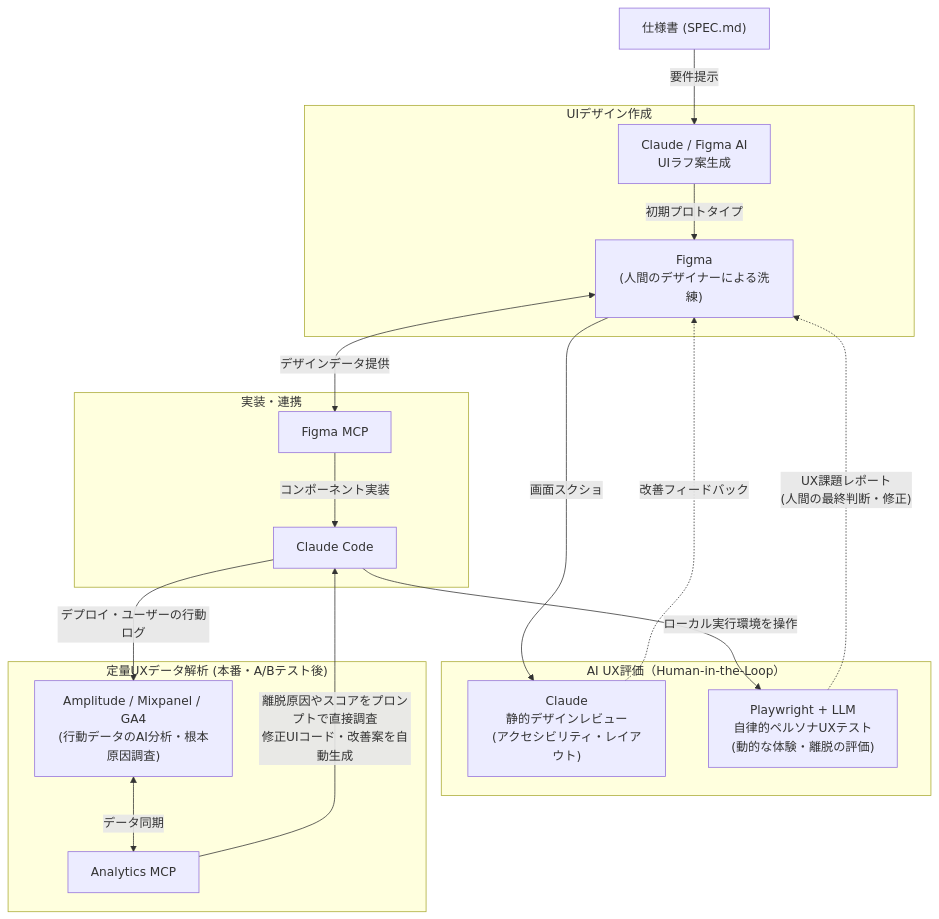
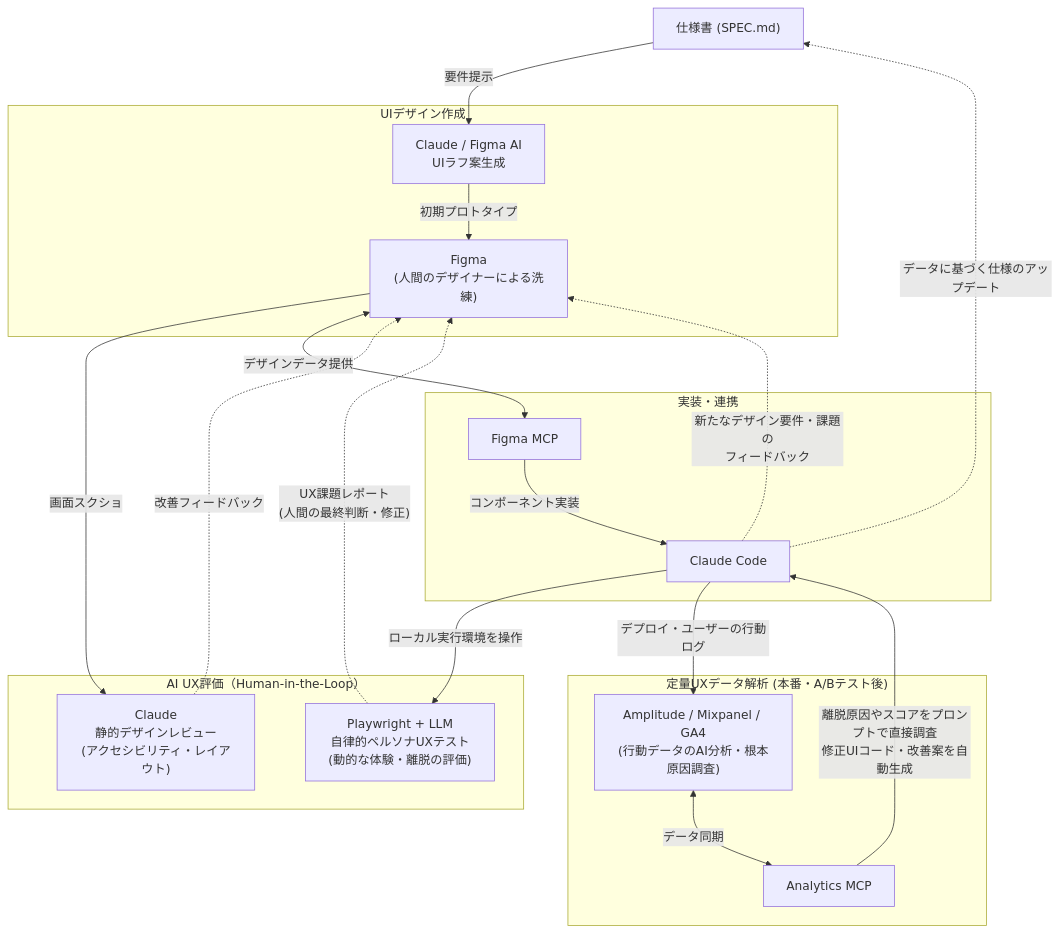
Before and after one commit to takuma39/ai: the fourth of 21 diagrams in AI駆動開発.md, drawn with Mermaid.

Commit message:
update: AI駆動開発.mdを更新

````diff
--- a/AI駆動開発.md
+++ b/AI駆動開発.md
@@ -222,39 +222,42 @@
 ```mermaid
 graph TD
     MD["仕様書 (SPEC.md)"]
 
     subgraph design["UIデザイン作成"]
         GenAI["Claude / Figma AI<br/>UIラフ案生成"]
         Figma["Figma<br/>(人間のデザイナーによる洗練)"]
     end
 
     subgraph evaluation["AI UX評価（Human-in-the-Loop）"]
         StaticReview["Claude<br/>静的デザインレビュー<br/>(アクセシビリティ・レイアウト)"]
         PersonaTest["Playwright + LLM<br/>自律的ペルソナUXテスト<br/>(動的な体験・離脱の評価)"]
     end
 
     subgraph impl["実装・連携"]
         FigmaMCP["Figma MCP"]
         ClaudeCode["Claude Code"]
     end
 
     subgraph analytics["定量UXデータ解析 (本番・A/Bテスト後)"]
         SaaS["Amplitude / Mixpanel / GA4<br/>(行動データのAI分析・根本原因調査)"]
         SaaSMCP["Analytics MCP"]
     end
 
     MD -->|"要件提示"| GenAI
     GenAI -->|"初期プロトタイプ"| Figma
     Figma -->|"画面スクショ"| StaticReview
     StaticReview -.->|"改善フィードバック"| Figma
     
     Figma <-->|"デザインデータ提供"| FigmaMCP
     FigmaMCP -->|"コンポーネント実装"| ClaudeCode
     
     ClaudeCode -->|"ローカル実行環境を操作"| PersonaTest
     PersonaTest -.->|"UX課題レポート<br/>(人間の最終判断・修正)"| Figma
 
     ClaudeCode -->|"デプロイ・ユーザーの行動ログ"| SaaS
     SaaS <-->|"データ同期"| SaaSMCP
     SaaSMCP -->|"離脱原因やスコアをプロンプトで直接調査<br/>修正UIコード・改善案を自動生成"| ClaudeCode
+
+    ClaudeCode -.->|"データに基づく仕様のアップデート"| MD
+    ClaudeCode -.->|"新たなデザイン要件・課題の<br/>フィードバック"| Figma
 ```
````
